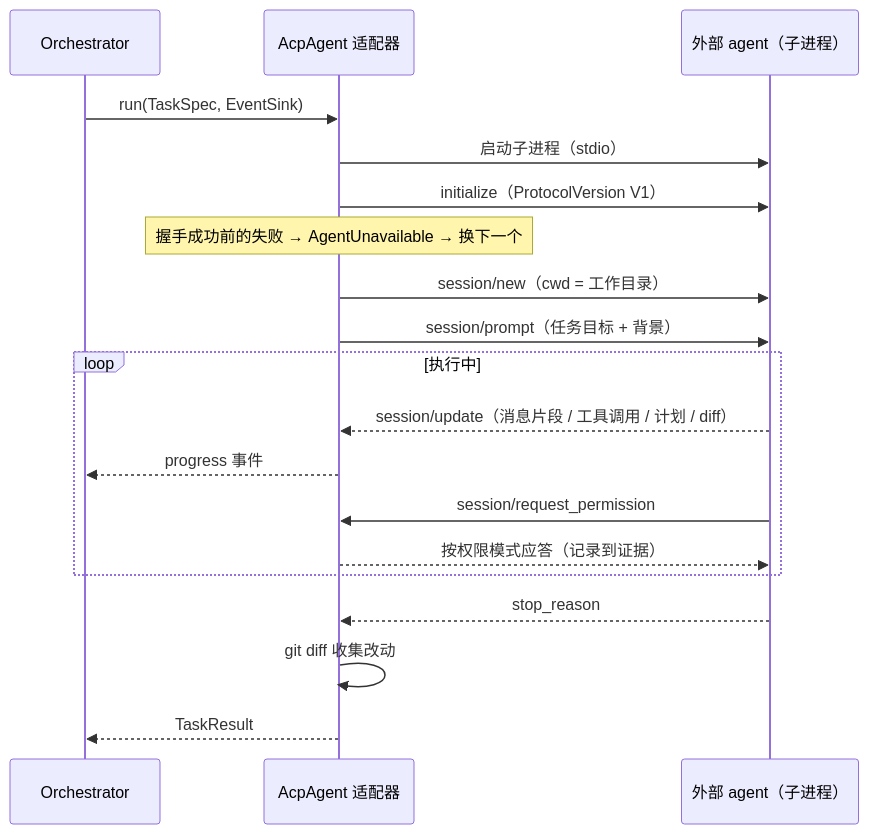
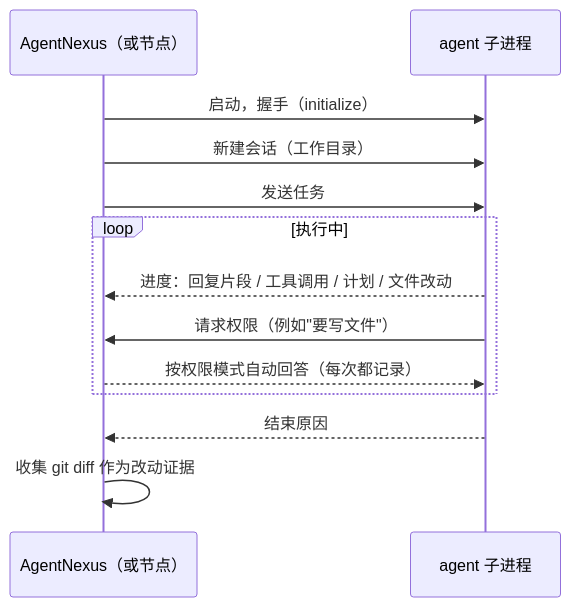
One commit to Grant-Huang/multi-agent-conv-mvp changed the fifth of 8 diagrams in docs/DESIGN.md. Above: the diagram before and after it, drawn with Mermaid. The commit also changed other lines of this file and 46 other files, not shown here.

````diff
--- a/docs/DESIGN.md
+++ b/docs/DESIGN.md
@@ -696,21 +390,15 @@
 ```mermaid
 sequenceDiagram
-    participant O as Orchestrator
-    participant A as AcpAgent 适配器
-    participant X as 外部 agent（子进程）
-    O->>A: run(TaskSpec, EventSink)
-    A->>X: 启动子进程（stdio）
-    A->>X: initialize（ProtocolVersion V1）
-    Note over A: 握手成功前的失败 → AgentUnavailable → 换下一个
-    A->>X: session/new（cwd = 工作目录）
-    A->>X: session/prompt（任务目标 + 背景）
+    participant O as AgentNexus（或节点）
+    participant X as agent 子进程
+    O->>X: 启动，握手（initialize）
+    O->>X: 新建会话（工作目录）
+    O->>X: 发送任务
     loop 执行中
-        X-->>A: session/update（消息片段 / 工具调用 / 计划 / diff）
-        A-->>O: progress 事件
-        X->>A: session/request_permission
-        A-->>X: 按权限模式应答（记录到证据）
+        X-->>O: 进度：回复片段 / 工具调用 / 计划 / 文件改动
+        X->>O: 请求权限（例如"要写文件"）
+        O-->>X: 按权限模式自动回答（每次都记录）
     end
-    X-->>A: stop_reason
-    A->>A: git diff 收集改动
-    A-->>O: TaskResult
+    X-->>O: 结束原因
+    O->>O: 收集 git diff 作为改动证据
 ```
````
